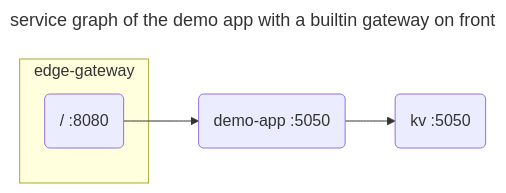
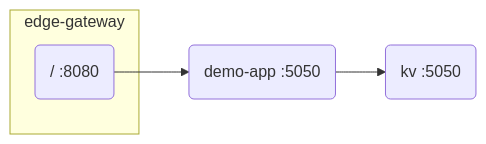
The diagram in app/_how-tos/set-up-a-built-in-mesh-gateway.md (Kong/developer.konghq.com), drawn with Mermaid before and after one commit. The commit also changed other lines of this file, not shown here.

```diff
--- a/app/_how-tos/set-up-a-built-in-mesh-gateway.md
+++ b/app/_how-tos/set-up-a-built-in-mesh-gateway.md
@@ -44,13 +44,10 @@
 {% mermaid %}
----
-title: service graph of the demo app with a builtin gateway on front
----
 flowchart LR
   subgraph edge-gateway
     gw0(/ :8080)
   end
   demo-app(demo-app :5050)
   kv(kv :5050)
   gw0 --> demo-app 
   demo-app --> kv
 {% endmermaid %}
```
